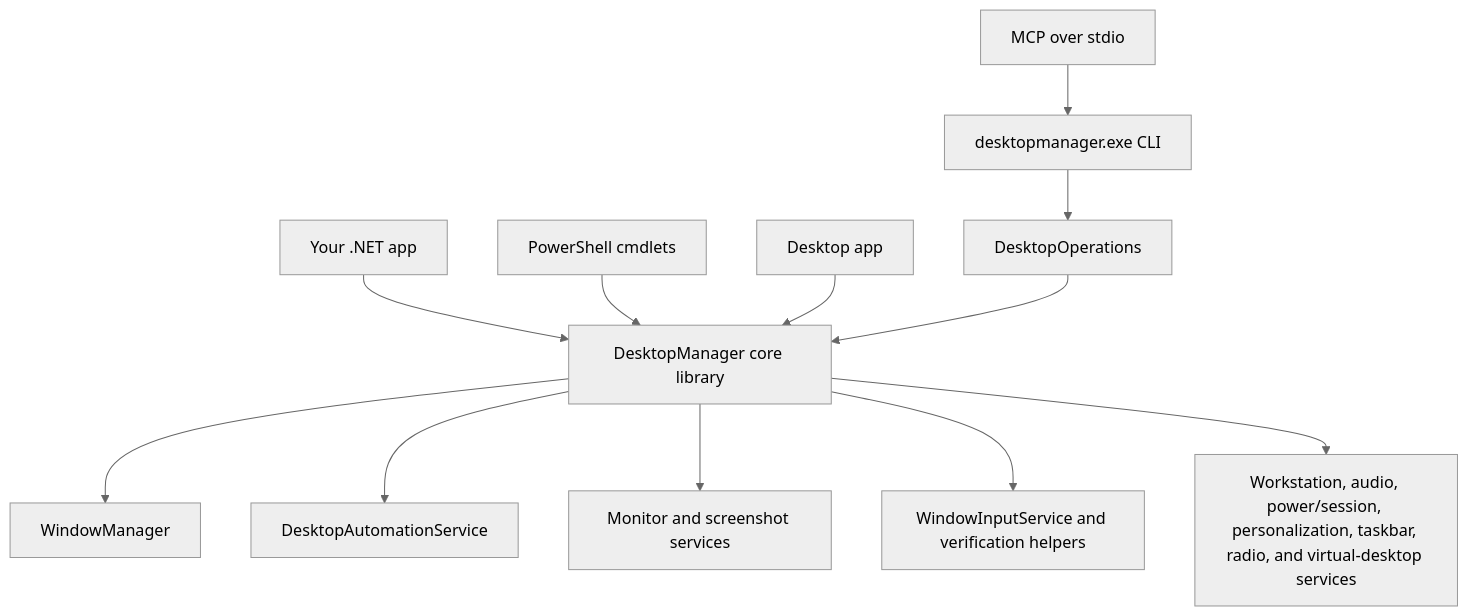
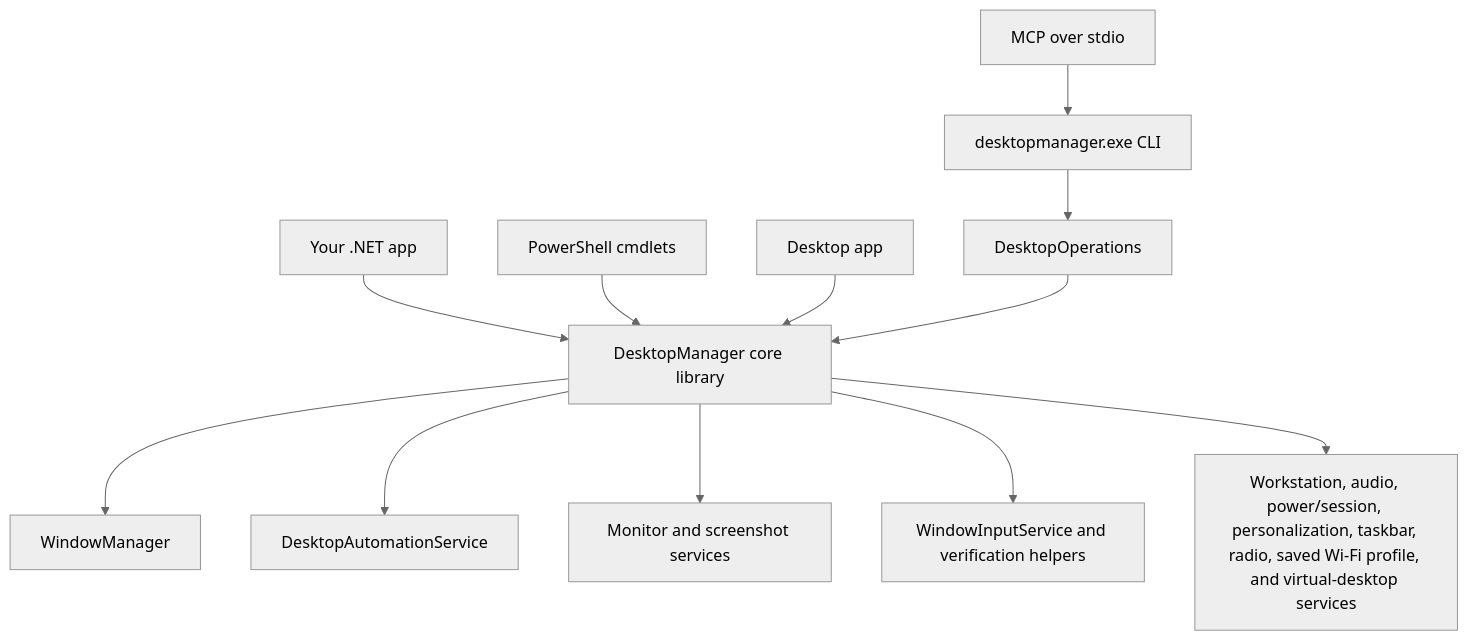
Before and after one commit to EvotecIT/DesktopManager: the first of 4 diagrams in Docs/DesktopManager.Architecture.md, drawn with Mermaid (neutral theme). The commit also changed 25 other files, not shown here.

````diff
--- a/Docs/DesktopManager.Architecture.md
+++ b/Docs/DesktopManager.Architecture.md
@@ -15,16 +15,16 @@
 ```mermaid
 flowchart TD
     A["Your .NET app"] --> E["DesktopManager core library"]
     B["PowerShell cmdlets"] --> E
     C["desktopmanager.exe CLI"] --> F["DesktopOperations"]
     D["MCP over stdio"] --> C
     K["Desktop app"] --> E
 
     F --> E
 
     E --> G["WindowManager"]
     E --> H["DesktopAutomationService"]
     E --> I["Monitor and screenshot services"]
     E --> J["WindowInputService and verification helpers"]
-    E --> L["Workstation, audio, power/session, personalization, taskbar, radio, and virtual-desktop services"]
+    E --> L["Workstation, audio, power/session, personalization, taskbar, radio, saved Wi-Fi profile, and virtual-desktop services"]
 ```
````
